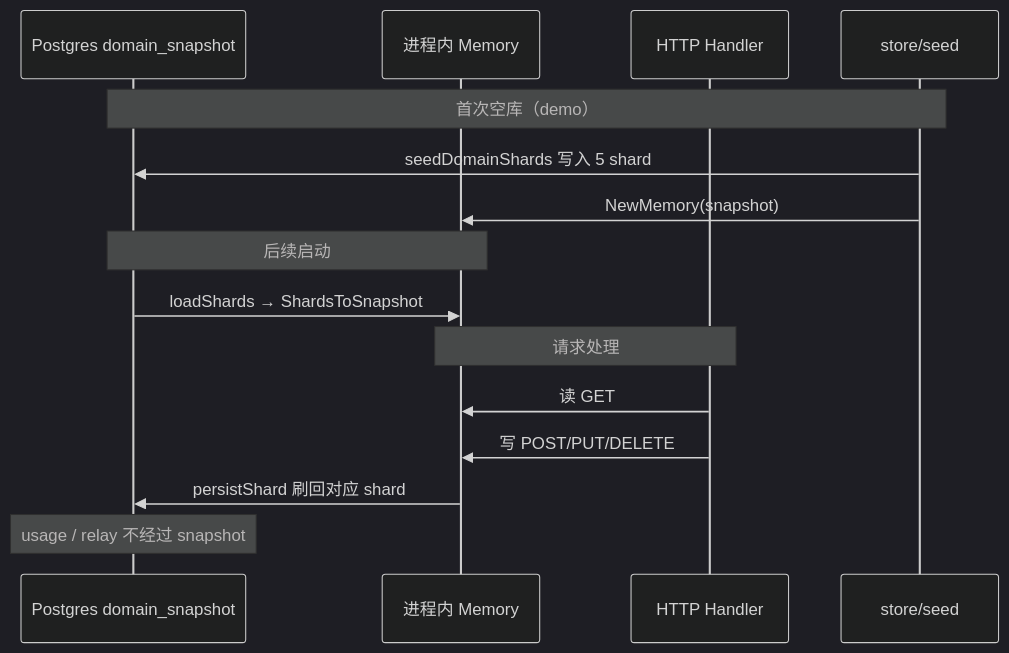
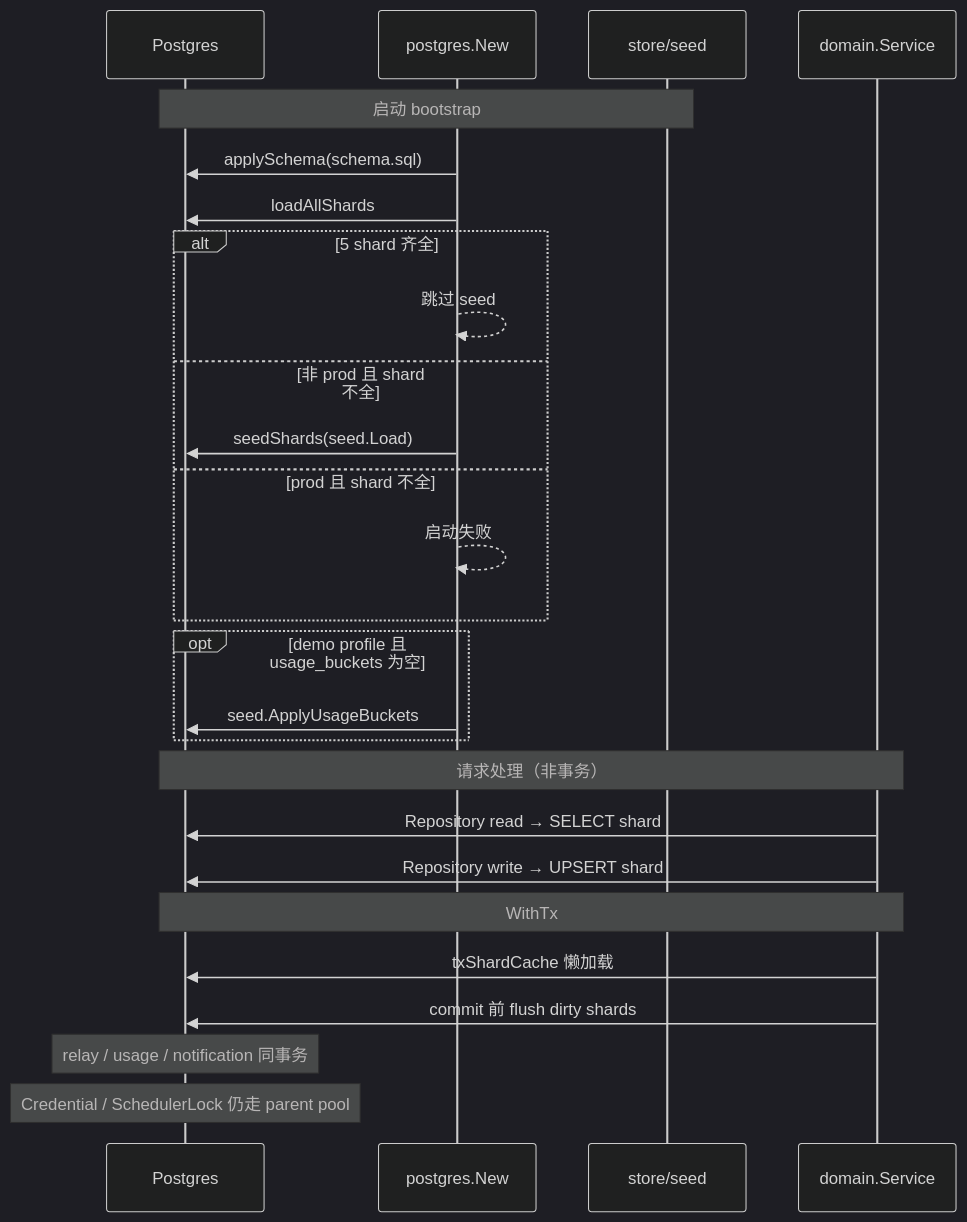
The third of 6 diagrams in docs/Backend-存储架构.md (quyip8818/mytokenjoy), drawn with Mermaid (dark theme) before and after one commit. The commit also changed other lines of this file and 206 other files, not shown here.

````diff
--- a/docs/Backend-存储架构.md
+++ b/docs/Backend-存储架构.md
@@ -126,21 +191,31 @@
 ```mermaid
 sequenceDiagram
-  participant PG as Postgres domain_snapshot
-  participant Mem as 进程内 Memory
-  participant API as HTTP Handler
+  participant PG as Postgres
+  participant New as postgres.New
   participant Seed as store/seed
+  participant SVC as domain.Service
 
-  Note over PG,Seed: 首次空库（demo）
-  Seed->>PG: seedDomainShards 写入 5 shard
-  Seed->>Mem: NewMemory(snapshot)
+  Note over PG,Seed: 启动 bootstrap
+  New->>PG: applySchema(schema.sql)
+  New->>PG: loadAllShards
+  alt 5 shard 齐全
+    New-->>New: 跳过 seed
+  else 非 prod 且 shard 不全
+    New->>PG: seedShards(seed.Load)
+  else prod 且 shard 不全
+    New-->>New: 启动失败
+  end
+  opt demo profile 且 usage_buckets 为空
+    New->>PG: seed.ApplyUsageBuckets
+  end
 
-  Note over PG,Mem: 后续启动
-  PG->>Mem: loadShards → ShardsToSnapshot
+  Note over PG,SVC: 请求处理（非事务）
+  SVC->>PG: Repository read → SELECT shard
+  SVC->>PG: Repository write → UPSERT shard
 
-  Note over Mem,API: 请求处理
-  API->>Mem: 读 GET
-  API->>Mem: 写 POST/PUT/DELETE
-  Mem->>PG: persistShard 刷回对应 shard
-
-  Note over PG: usage / relay 不经过 snapshot
+  Note over PG,SVC: WithTx
+  SVC->>PG: txShardCache 懒加载
+  SVC->>PG: commit 前 flush dirty shards
+  Note over PG: relay / usage / notification 同事务
+  Note over PG: Credential / SchedulerLock 仍走 parent pool
 ```
````
